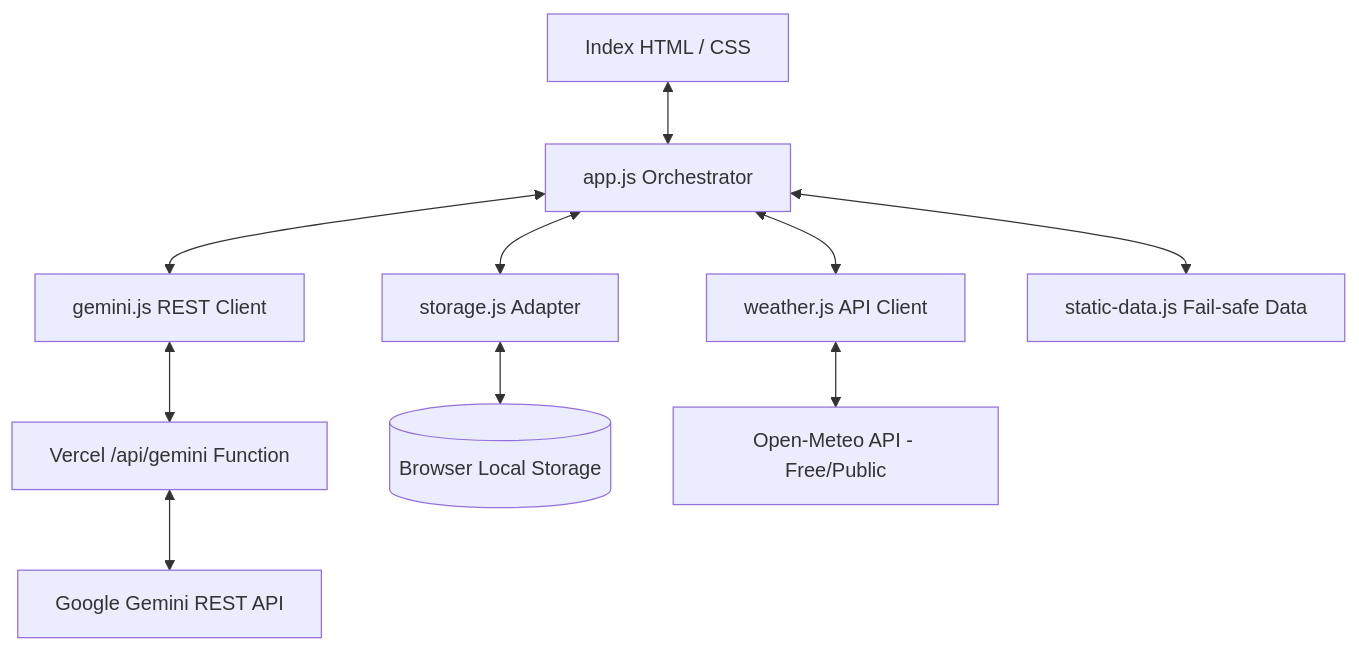
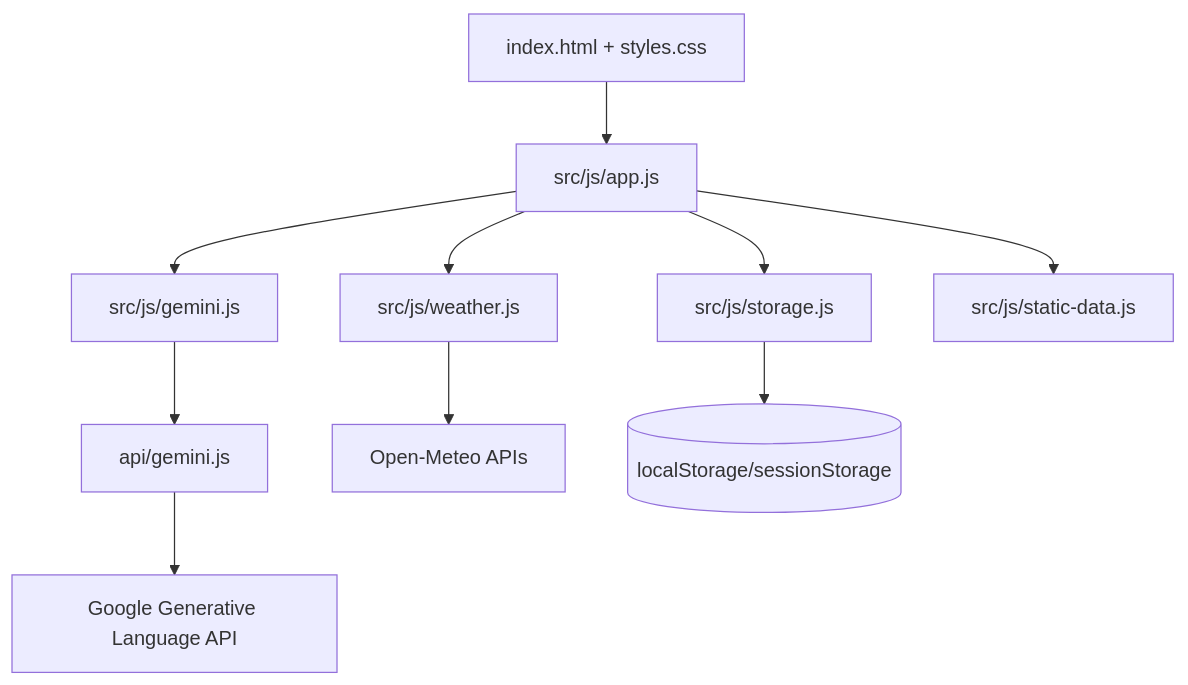
The diagram in doc/architecture.md (arnabdasbwn/RainGuardAI), drawn with Mermaid before and after one commit. The commit also changed other lines of this file and 14 other files, not shown here.

````diff
--- a/doc/architecture.md
+++ b/doc/architecture.md
@@ -13,13 +7,12 @@
 ```mermaid
 graph TD
-    UI[Index HTML / CSS] <--> App[app.js Orchestrator]
-    App <--> Storage[storage.js Adapter]
-    App <--> Weather[weather.js API Client]
-    App <--> Gemini[gemini.js REST Client]
-    App <--> StaticData[static-data.js Fail-safe Data]
-    Gemini <--> Proxy[Vercel /api/gemini Function]
-    
-    Storage <--> LocalStorage[(Browser Local Storage)]
-    Weather <--> WeatherAPI[Open-Meteo API - Free/Public]
-    Proxy <--> GeminiAPI[Google Gemini REST API]
+    UI[index.html + styles.css] --> App[src/js/app.js]
+    App --> Weather[src/js/weather.js]
+    App --> GeminiClient[src/js/gemini.js]
+    App --> Storage[src/js/storage.js]
+    App --> StaticData[src/js/static-data.js]
+    GeminiClient --> Proxy[api/gemini.js]
+    Proxy --> GeminiAPI[Google Generative Language API]
+    Weather --> OpenMeteo[Open-Meteo APIs]
+    Storage --> LocalStorage[(localStorage/sessionStorage)]
 ```
````
